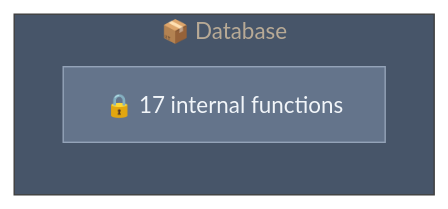
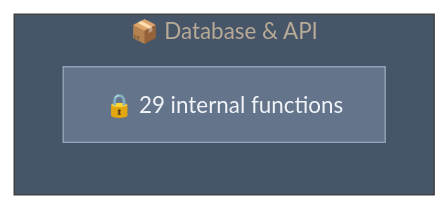
One commit to Ansh-dhanani/mikk changed the diagram in .mikk/diagrams/capsules/core-parser-tree-sitter.mmd. Above: the diagram before and after it, drawn with Mermaid. The commit also changed 159 other files, not shown here.

```diff
--- a/.mikk/diagrams/capsules/core-parser-tree-sitter.mmd
+++ b/.mikk/diagrams/capsules/core-parser-tree-sitter.mmd
@@ -1,12 +1,12 @@
 %%{init: {"theme": "base", "themeVariables": {"primaryColor": "#1e293b", "primaryTextColor": "#e2e8f0", "lineColor": "#64748b", "secondaryColor": "#334155", "tertiaryColor": "#475569", "background": "#0f172a", "mainBkg": "#1e293b", "nodeBorder": "#475569"}}}%%
 graph LR
 
-    subgraph core_parser_tree_sitter["📦 Database"]
+    subgraph core_parser_tree_sitter["📦 Database & API"]
         direction TB
-        internal["🔒 17 internal functions"]
+        internal["🔒 29 internal functions"]
     end
 
 
     classDef publicApi fill:#22c55e,stroke:#4ade80,color:#f0fdf4
     classDef internalApi fill:#64748b,stroke:#94a3b8,color:#f1f5f9
     class internal internalApi
```
